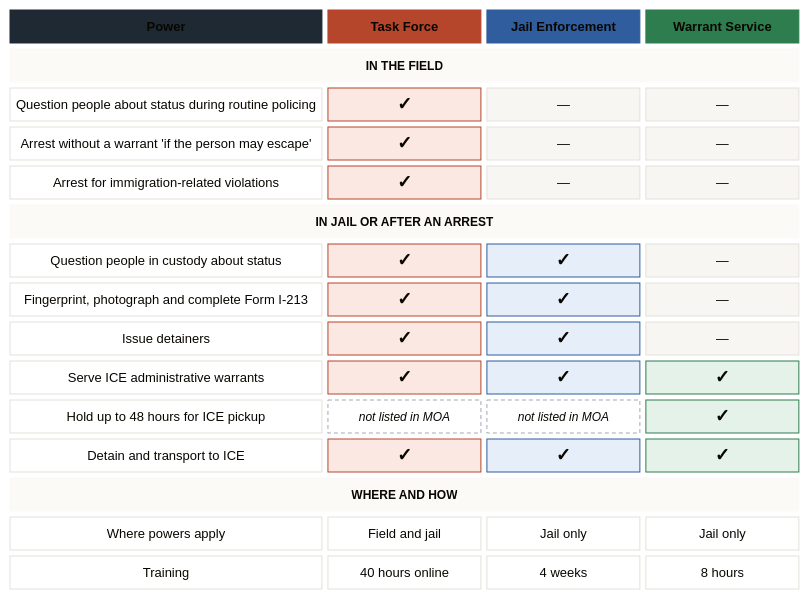
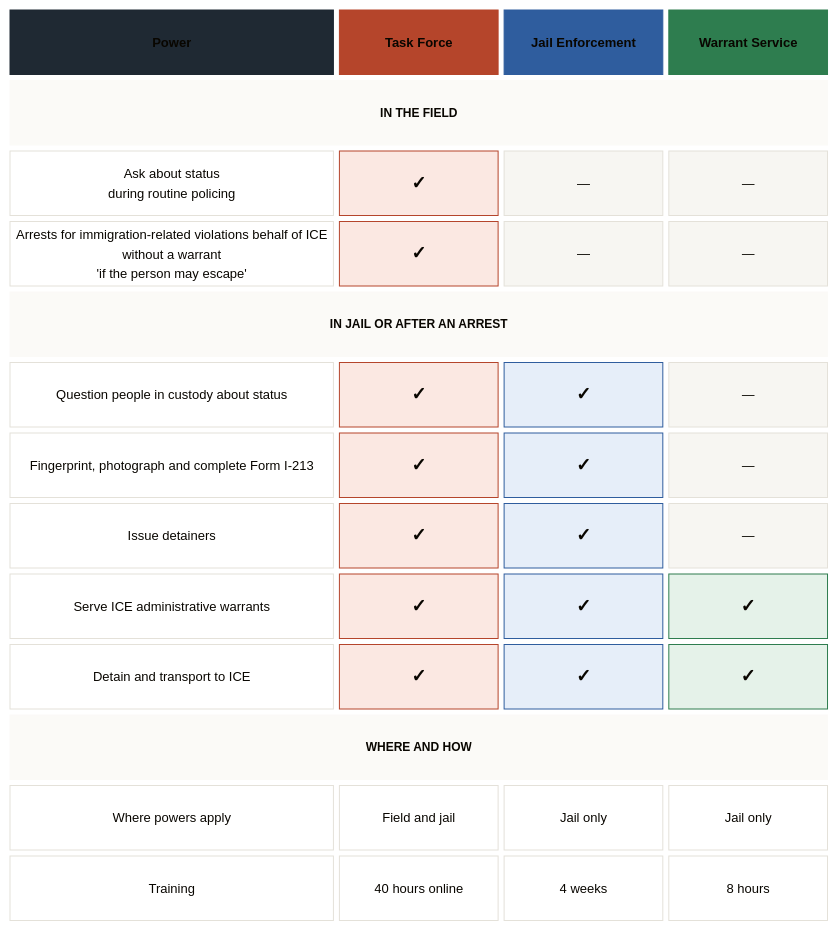
The diagram in resources/reporting-field-guide/Program-Overview.md (TitusThrasher/287g-Program-Report), drawn with Mermaid before and after one commit. The commit also changed other lines of this file, not shown here.

Commit message:
Revise Program Overview
Updated language for clarity and removed redundant items.

```diff
--- a/resources/reporting-field-guide/Program-Overview.md
+++ b/resources/reporting-field-guide/Program-Overview.md
@@ -29,18 +29,14 @@
   hJ["Jail Enforcement"]
   hW["Warrant Service"]
   s1["IN THE FIELD"]:5
-  l2["Question people about status during routine policing"]:2
+  l2["Ask about status </br>during routine policing"]:2
   T2["✓"]
   J2["—"]
   W2["—"]
-  l3["Arrest without a warrant 'if the person may escape'"]:2
+  l3["Arrests for immigration-related violations behalf of ICE</br> without a warrant</br> 'if the person may escape'"]:2
   T3["✓"]
   J3["—"]
   W3["—"]
-  l4["Arrest for immigration-related violations"]:2
-  T4["✓"]
-  J4["—"]
-  W4["—"]
   s5["IN JAIL OR AFTER AN ARREST"]:5
   l6["Question people in custody about status"]:2
   T6["✓"]
@@ -58,10 +54,6 @@
   T10["✓"]
   J10["✓"]
   W10["✓"]
-  l12["Hold up to 48 hours for ICE pickup"]:2
-  T12["not listed in MOA"]
-  J12["not listed in MOA"]
-  W12["✓"]
   l13["Detain and transport to ICE"]:2
   T13["✓"]
   J13["✓"]
@@ -88,13 +80,13 @@
   classDef no fill:#F7F6F2,stroke:#E4E1D9,color:#B8BCC4
   classDef unk fill:#FFFFFF,stroke:#A3A8B0,color:#6B7280,stroke-dasharray:4 3,font-size:12px,font-style:italic
   classDef info fill:#FFFFFF,stroke:#E4E1D9,color:#1F2933,font-size:13px
-  class l2,l3,l4,l6,l7,l8,l10,l12,l13,l18,l19 lab
+  class l2,l3,l6,l7,l8,l10,l13,l18,l19 lab
   class s1,s5,s17 sec
-  class T2,T3,T4,T6,T7,T8,T10,T13 yT
+  class T2,T3,T6,T7,T8,T10,T13 yT
   class J6,J7,J8,J10,J13 yJ
   class W10,W12,W13 yW
-  class J2,W2,J3,W3,J4,W4,W6,W7,W8 no
-  class T12,J12 unk
+  class J2,W2,J3,W3,W4,W6,W7,W8 no
+  class T12 unk
   class T18,J18,W18,T19,J19,W19 info
   class h0 hdr
   class hT hT
```
